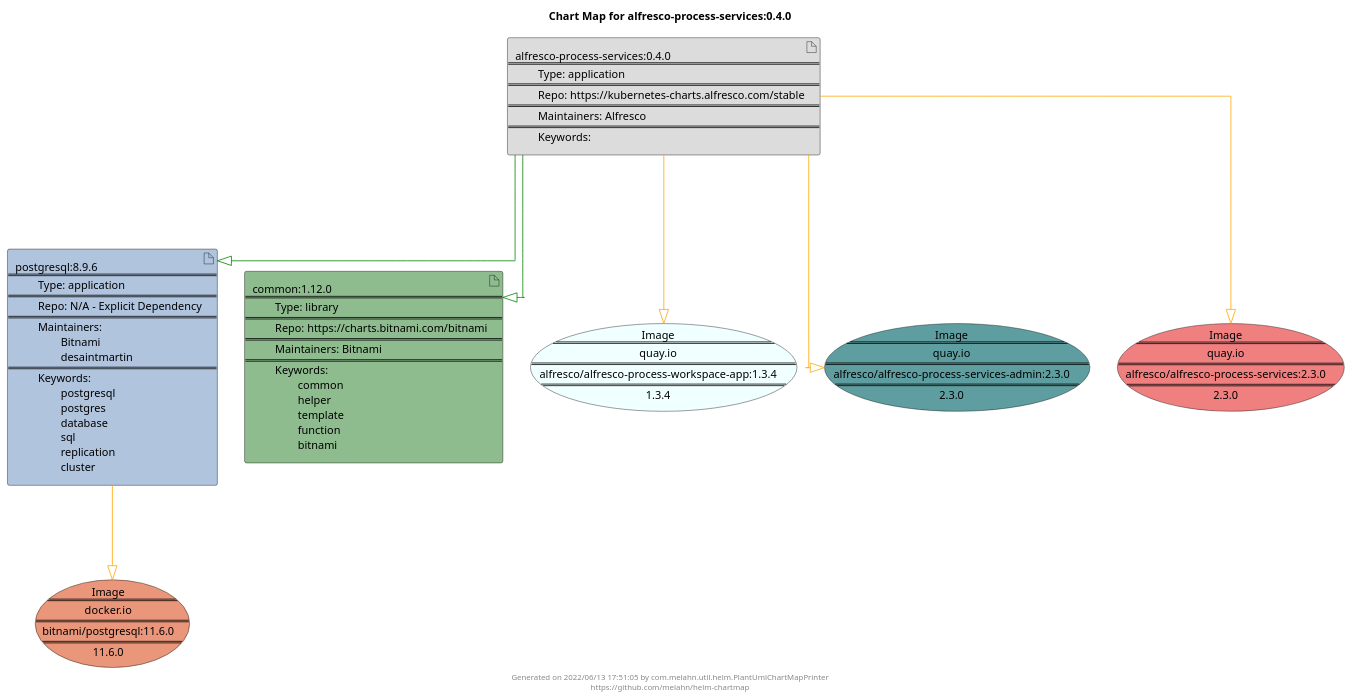
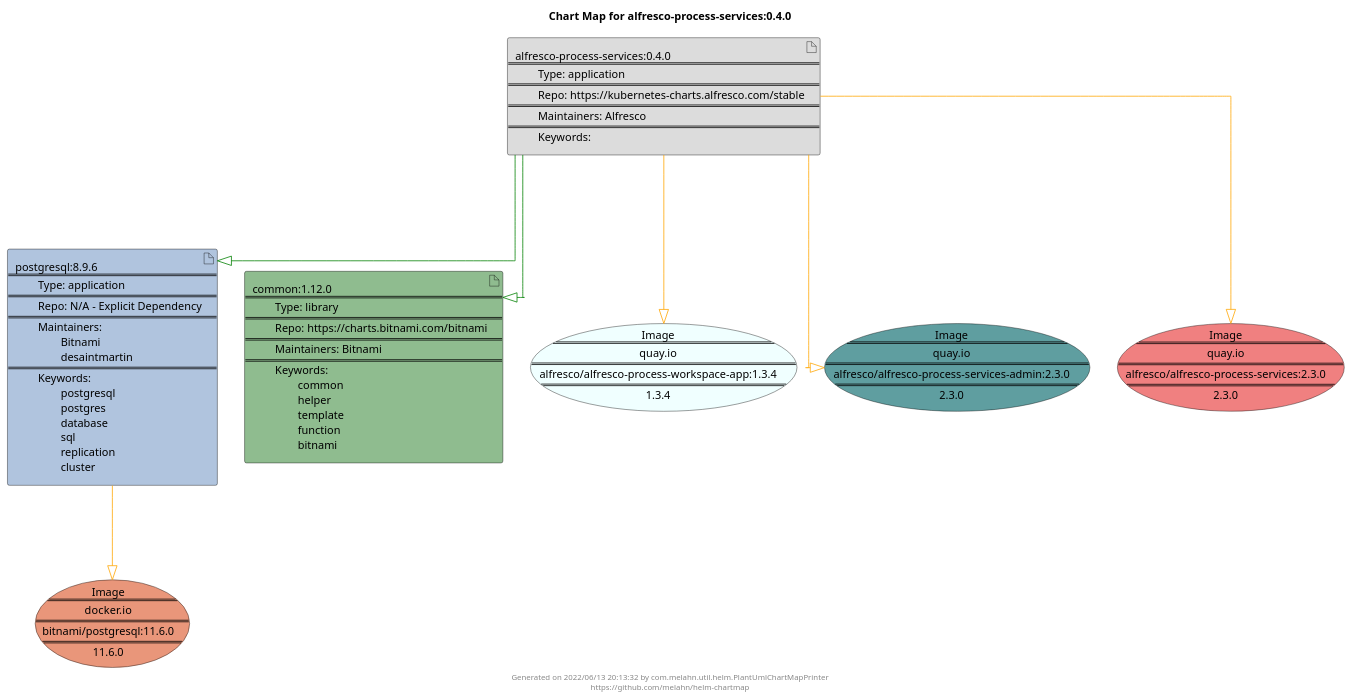
One commit to melahn/helm-chartmap changed the diagram in docs/alfresco-process-services/alfresco-process-services-0.4.0.puml. Above: the diagram before and after it, drawn with PlantUML. The commit also changed 59 other files, not shown here.

Commit message:
Update Example Chart Maps as part of GitHub build

```diff
--- a/docs/alfresco-process-services/alfresco-process-services-0.4.0.puml
+++ b/docs/alfresco-process-services/alfresco-process-services-0.4.0.puml
@@ -1,31 +1,31 @@
 @startuml
 skinparam linetype ortho
 skinparam backgroundColor white
 skinparam usecaseBorderColor black
 skinparam usecaseArrowColor LightSlateGray
 skinparam artifactBorderColor black
 skinparam artifactArrowColor LightSlateGray
 
 title Chart Map for alfresco-process-services:0.4.0
 
 'There are 3 referenced Helm Charts
 artifact "alfresco-process-services:0.4.0\n====\n\tType: application\n====\n\tRepo: https://kubernetes-charts.alfresco.com/stable\n====\n\tMaintainers: Alfresco\n====\n\tKeywords: " as alfresco_process_services_0_4_0 #Gainsboro
 artifact "postgresql:8.9.6\n====\n\tType: application\n====\n\tRepo: N/A - Explicit Dependency\n====\n\tMaintainers: \n\t\tBitnami\n\t\tdesaintmartin\n====\n\tKeywords: \n\t\tpostgresql\n\t\tpostgres\n\t\tdatabase\n\t\tsql\n\t\treplication\n\t\tcluster" as postgresql_8_9_6 #LightSteelBlue
 artifact "common:1.12.0\n====\n\tType: library\n====\n\tRepo: https://charts.bitnami.com/bitnami\n====\n\tMaintainers: Bitnami\n====\n\tKeywords: \n\t\tcommon\n\t\thelper\n\t\ttemplate\n\t\tfunction\n\t\tbitnami" as common_1_12_0 #DarkSeaGreen
 
 'There are 4 referenced Docker Images
 usecase "Image\n====\nquay.io\n====\nalfresco/alfresco-process-workspace-app:1.3.4\n====\n1.3.4" as quay_io_alfresco_alfresco_process_workspace_app_1_3_4 #Azure
 usecase "Image\n====\nquay.io\n====\nalfresco/alfresco-process-services-admin:2.3.0\n====\n2.3.0" as quay_io_alfresco_alfresco_process_services_admin_2_3_0 #CadetBlue
 usecase "Image\n====\ndocker.io\n====\nbitnami/postgresql:11.6.0\n====\n11.6.0" as docker_io_bitnami_postgresql_11_6_0 #DarkSalmon
 usecase "Image\n====\nquay.io\n====\nalfresco/alfresco-process-services:2.3.0\n====\n2.3.0" as quay_io_alfresco_alfresco_process_services_2_3_0 #LightCoral
 
 'Chart Dependencies
+alfresco_process_services_0_4_0--[#green]-|>postgresql_8_9_6
 alfresco_process_services_0_4_0--[#green]-|>common_1_12_0
-alfresco_process_services_0_4_0--[#green]-|>postgresql_8_9_6
 alfresco_process_services_0_4_0--[#orange]-|>quay_io_alfresco_alfresco_process_services_admin_2_3_0
 alfresco_process_services_0_4_0--[#orange]-|>quay_io_alfresco_alfresco_process_workspace_app_1_3_4
 alfresco_process_services_0_4_0--[#orange]-|>quay_io_alfresco_alfresco_process_services_2_3_0
 postgresql_8_9_6--[#orange]-|>docker_io_bitnami_postgresql_11_6_0
 
-center footer Generated on 2022/06/13 17:51:05 by com.melahn.util.helm.PlantUmlChartMapPrinter\nhttps://github.com/melahn/helm-chartmap
+center footer Generated on 2022/06/13 20:13:32 by com.melahn.util.helm.PlantUmlChartMapPrinter\nhttps://github.com/melahn/helm-chartmap
 @enduml
```
